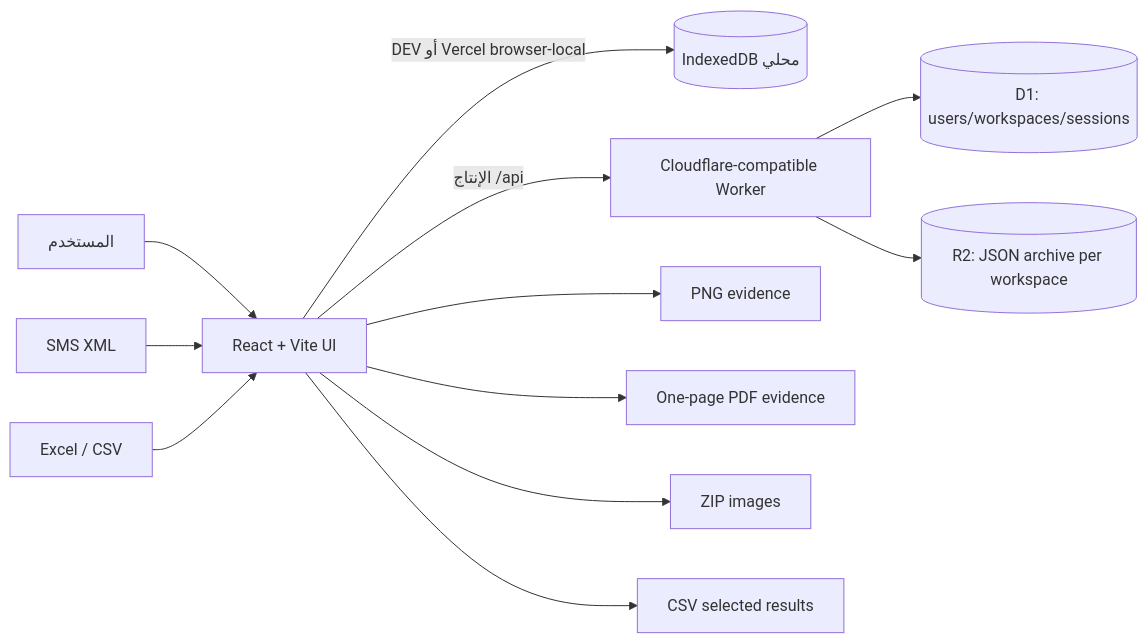
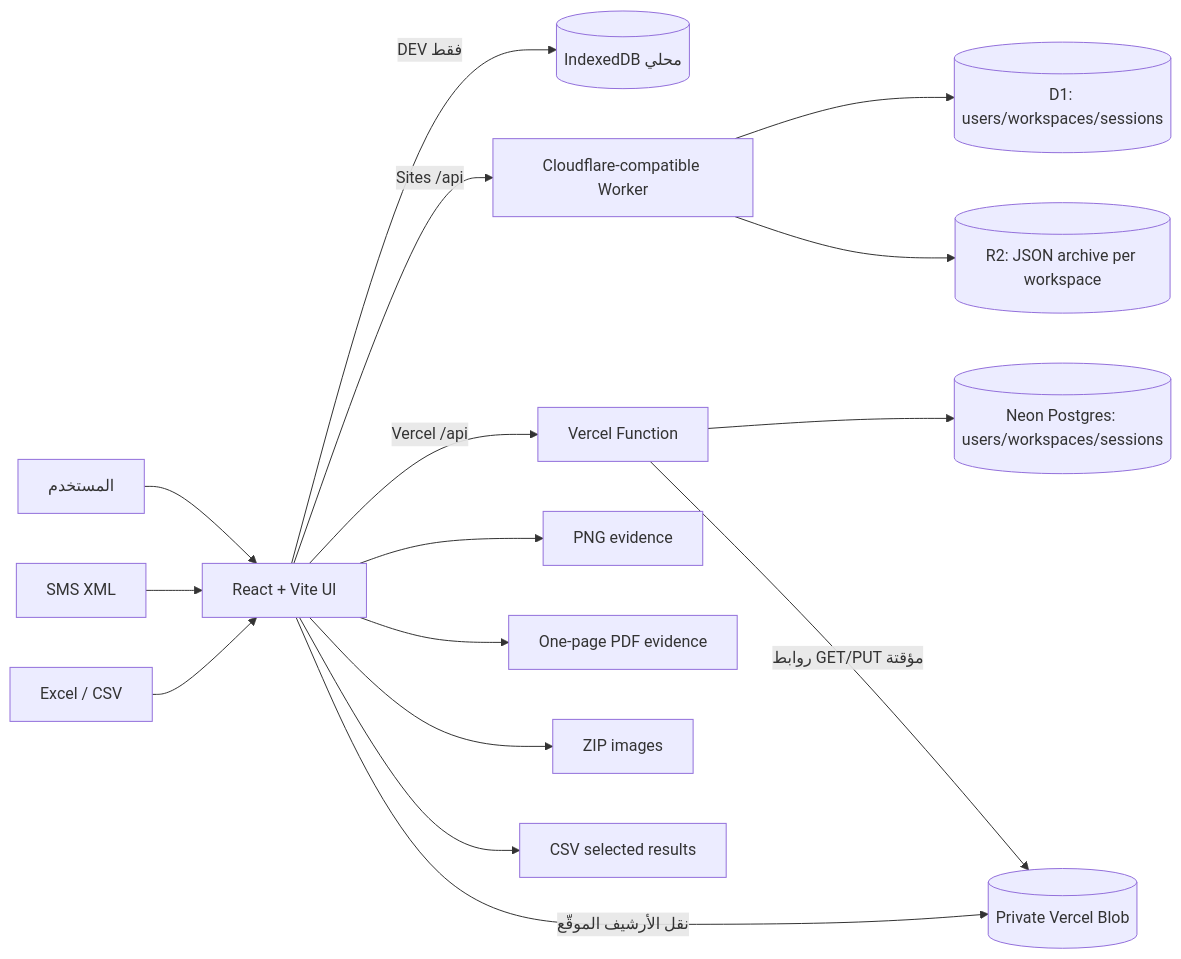
The diagram in N9-SMS-WEB-HANDOFF.md (nasseh2005-byte/n9-SMS-web), drawn with Mermaid before and after one commit. The commit also changed other lines of this file and 14 other files, not shown here.

Commit message:
Add shared Vercel users and archive storage

````diff
--- a/N9-SMS-WEB-HANDOFF.md
+++ b/N9-SMS-WEB-HANDOFF.md
@@ -223,14 +224,18 @@
 ```mermaid
 flowchart LR
     U[المستخدم] --> UI[React + Vite UI]
-    UI -->|DEV أو Vercel browser-local| IDX[(IndexedDB محلي)]
-    UI -->|الإنتاج /api| W[Cloudflare-compatible Worker]
+    UI -->|DEV فقط| IDX[(IndexedDB محلي)]
+    UI -->|Sites /api| W[Cloudflare-compatible Worker]
     W --> D1[(D1: users/workspaces/sessions)]
     W --> R2[(R2: JSON archive per workspace)]
+    UI -->|Vercel /api| VF[Vercel Function]
+    VF --> PG[(Neon Postgres: users/workspaces/sessions)]
+    VF -->|روابط GET/PUT مؤقتة| VB[(Private Vercel Blob)]
+    UI -->|نقل الأرشيف الموقّع| VB
     XML[SMS XML] --> UI
     XLSX[Excel / CSV] --> UI
     UI --> PNG[PNG evidence]
     UI --> PDF[One-page PDF evidence]
     UI --> ZIP[ZIP images]
     UI --> CSV[CSV selected results]
 ```
````
